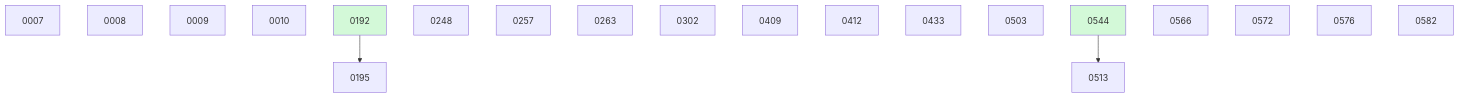
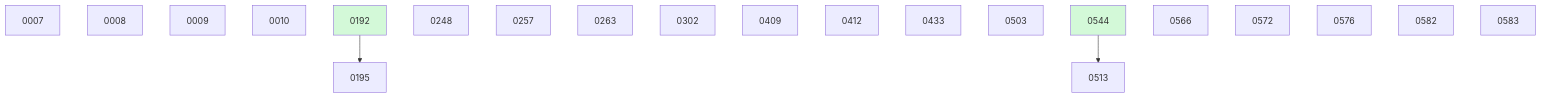
The diagram in docs/changes/BOARD.md (danielhanold/docket), drawn with Mermaid before and after one commit. The commit also changed other lines of this file and 1 other file, not shown here.

````diff
--- a/docs/changes/BOARD.md
+++ b/docs/changes/BOARD.md
@@ -33,24 +34,25 @@
 ```mermaid
 graph TD
   0007
   0008
   0009
   0010
   0192 --> 0195
   0248
   0257
   0263
   0302
   0409
   0412
   0433
   0503
   0544 --> 0513
   0566
   0572
   0576
   0582
+  0583
   0192:::done
   0544:::done
   classDef done fill:#d3f9d8;
 ```
````
